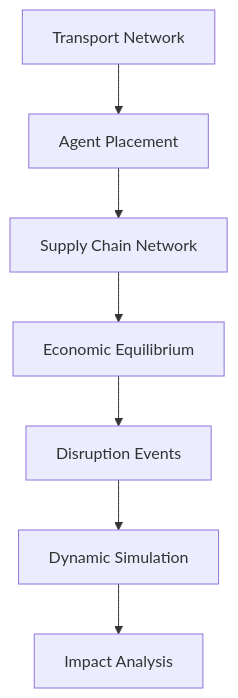
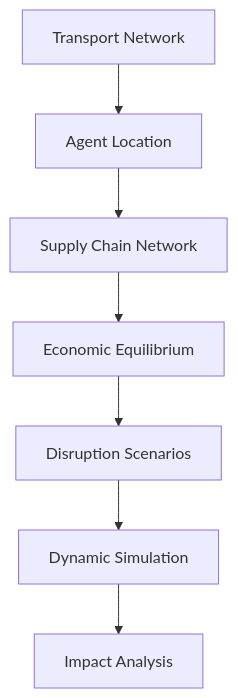
The first of 2 diagrams in docs/architecture/index.md (ccolon/disruptsc), drawn with Mermaid before and after one commit. The commit also changed other lines of this file and 9 other files, not shown here.

````diff
--- a/docs/architecture/index.md
+++ b/docs/architecture/index.md
@@ -93,9 +92,9 @@
 ```mermaid
 graph TD
-    A[Transport Network] --> B[Agent Placement]
+    A[Transport Network] --> B[Agent Location]
     B --> C[Supply Chain Network]
     C --> D[Economic Equilibrium]
-    D --> E[Disruption Events]
+    D --> E[Disruption Scenarios]
     E --> F[Dynamic Simulation]
     F --> G[Impact Analysis]
 ```
````
